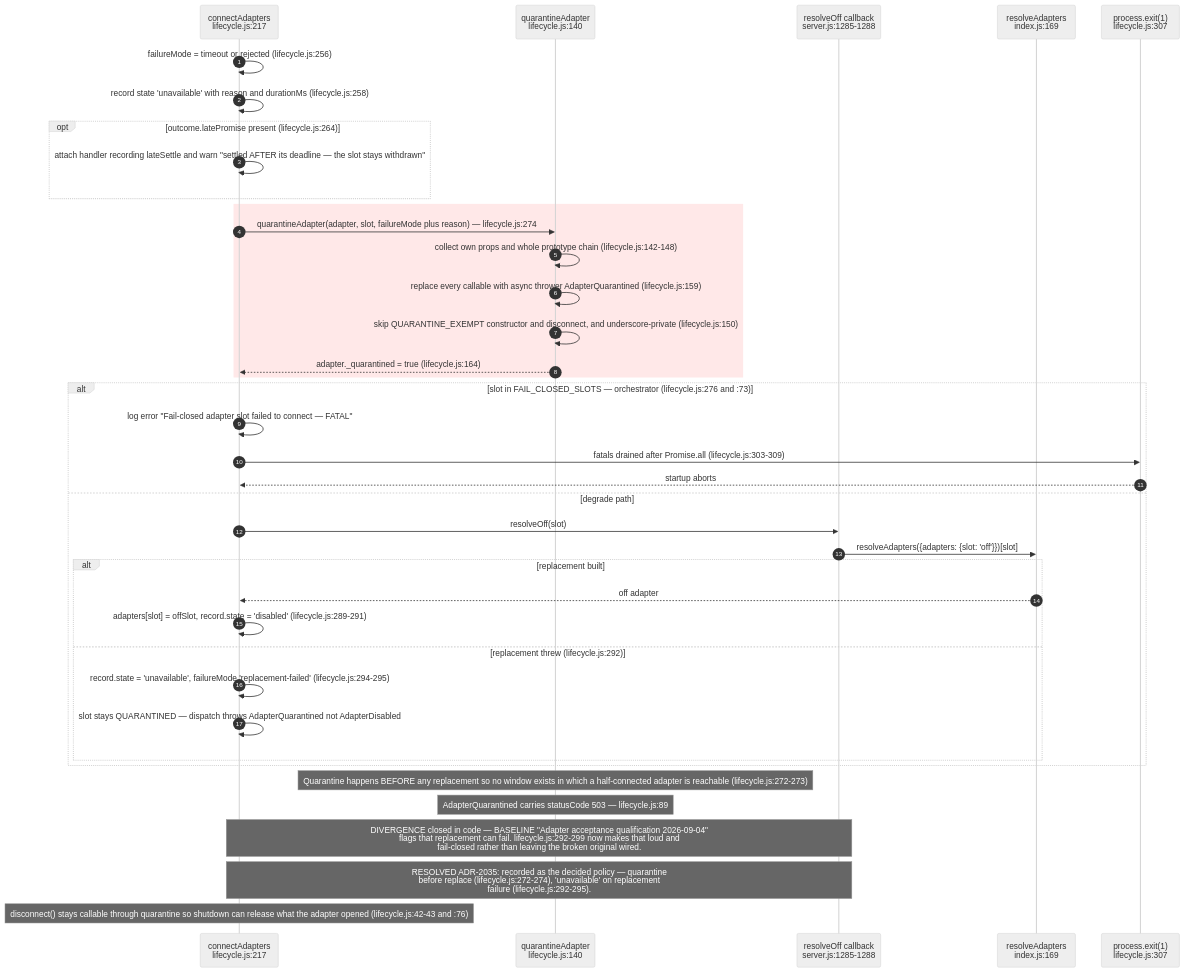
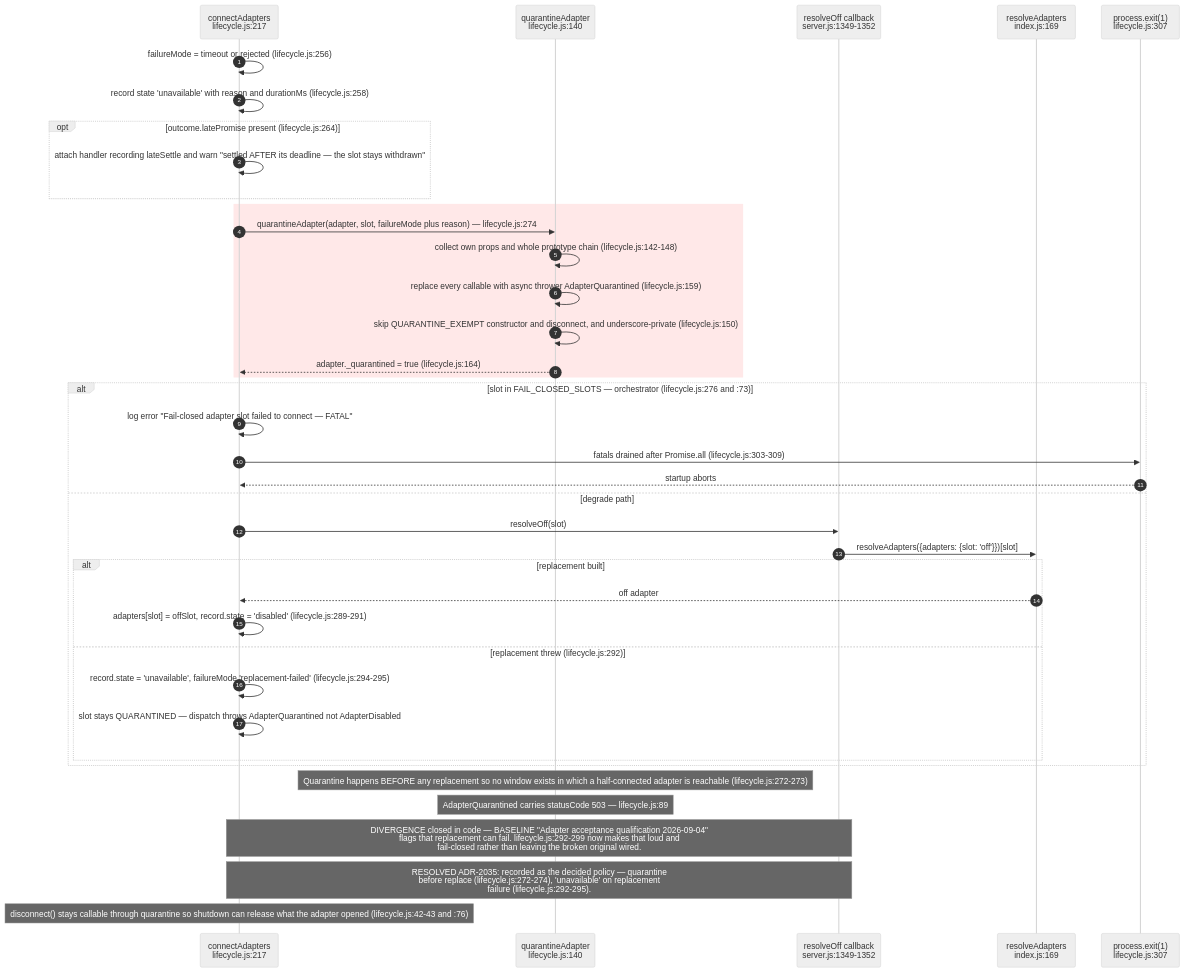
Before and after one commit to DreamLab-AI/VisionFlow: the seventh of 15 diagrams in docs/diagrams/agentbox/04-adapter-spine.md, drawn with Mermaid (neutral theme). The commit also changed other lines of this file and 111 other files, not shown here.

Commit message:
docs(diagrams): align estate maps with current source

````diff
--- a/docs/diagrams/agentbox/04-adapter-spine.md
+++ b/docs/diagrams/agentbox/04-adapter-spine.md
@@ -298,42 +298,42 @@
 ```mermaid
 sequenceDiagram
     autonumber
     participant LC as connectAdapters<br/>lifecycle.js:217
     participant Q as quarantineAdapter<br/>lifecycle.js:140
-    participant RO as resolveOff callback<br/>server.js:1285-1288
+    participant RO as resolveOff callback<br/>server.js:1349-1352
     participant IDX as resolveAdapters<br/>index.js:169
     participant PX as process.exit(1)<br/>lifecycle.js:307
 
     LC->>LC: failureMode = timeout or rejected (lifecycle.js:256)
     LC->>LC: record state 'unavailable' with reason and durationMs (lifecycle.js:258)
     opt outcome.latePromise present (lifecycle.js:264)
         LC->>LC: attach handler recording lateSettle and warn "settled AFTER its deadline — the slot stays withdrawn"
     end
     rect rgb(255, 232, 232)
         LC->>Q: quarantineAdapter(adapter, slot, failureMode plus reason) — lifecycle.js:274
         Q->>Q: collect own props and whole prototype chain (lifecycle.js:142-148)
         Q->>Q: replace every callable with async thrower AdapterQuarantined (lifecycle.js:159)
         Q->>Q: skip QUARANTINE_EXEMPT constructor and disconnect, and underscore-private (lifecycle.js:150)
         Q-->>LC: adapter._quarantined = true (lifecycle.js:164)
     end
     alt slot in FAIL_CLOSED_SLOTS — orchestrator (lifecycle.js:276 and :73)
         LC->>LC: log error "Fail-closed adapter slot failed to connect — FATAL"
         LC->>PX: fatals drained after Promise.all (lifecycle.js:303-309)
         PX-->>LC: startup aborts
     else degrade path
         LC->>RO: resolveOff(slot)
         RO->>IDX: resolveAdapters({adapters: {slot: 'off'}})[slot]
         alt replacement built
             IDX-->>LC: off adapter
             LC->>LC: adapters[slot] = offSlot, record.state = 'disabled' (lifecycle.js:289-291)
         else replacement threw (lifecycle.js:292)
             LC->>LC: record.state = 'unavailable', failureMode 'replacement-failed' (lifecycle.js:294-295)
             LC->>LC: slot stays QUARANTINED — dispatch throws AdapterQuarantined not AdapterDisabled
         end
     end
     Note over Q: Quarantine happens BEFORE any replacement so no window exists in which a half-connected adapter is reachable (lifecycle.js:272-273)
     Note over Q: AdapterQuarantined carries statusCode 503 — lifecycle.js:89
     Note over LC,RO: DIVERGENCE closed in code — BASELINE "Adapter acceptance qualification 2026-09-04"<br/>flags that replacement can fail. lifecycle.js:292-299 now makes that loud and<br/>fail-closed rather than leaving the broken original wired.
     Note over LC,RO: RESOLVED ADR-2035: recorded as the decided policy — quarantine<br/>before replace (lifecycle.js:272-274), 'unavailable' on replacement<br/>failure (lifecycle.js:292-295).
     Note over LC: disconnect() stays callable through quarantine so shutdown can release what the adapter opened (lifecycle.js:42-43 and :76)
 ```
````
